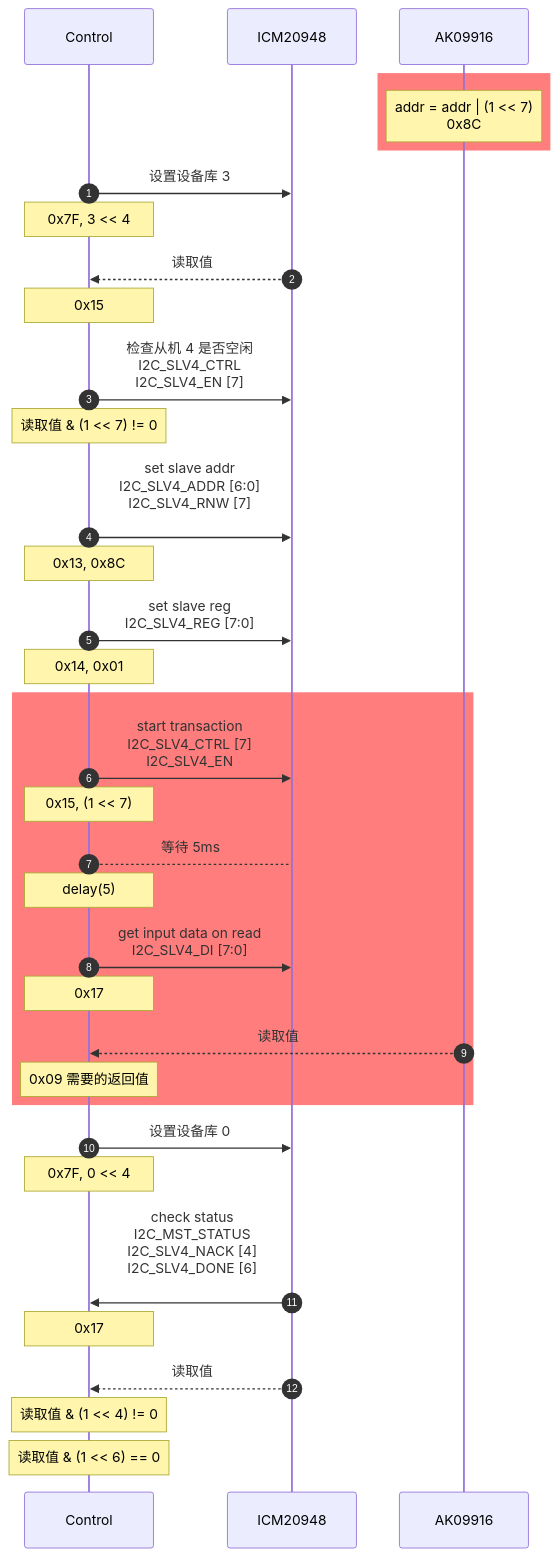
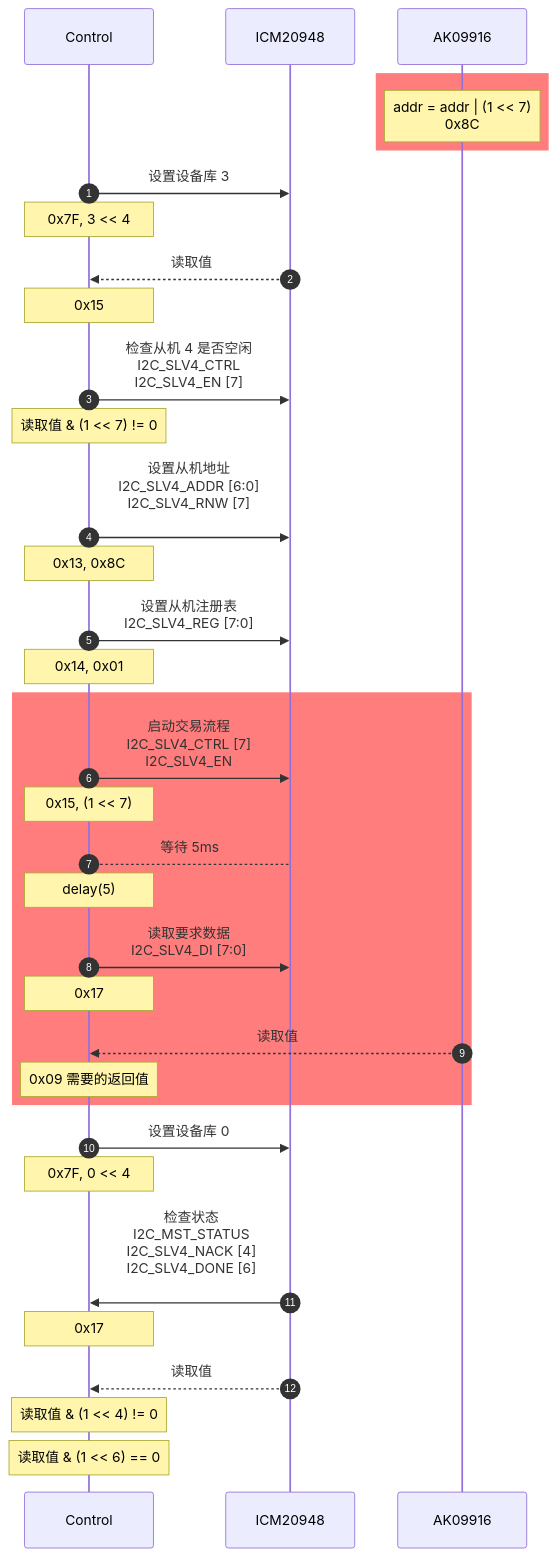
Before and after one commit to hkdickyko/hkdickyko.github.io: the fifth of 7 diagrams in _posts/2025-04-06-mdchart.md, drawn with Mermaid.

```diff
--- a/_posts/2025-04-06-mdchart.md
+++ b/_posts/2025-04-06-mdchart.md
@@ -280,37 +280,37 @@
 <div class="mermaid">
 sequenceDiagram;
    autonumber;
    participant C as Control;
    participant I as ICM20948;
    participant A as AK09916;
    rect rgb(255,125,125);
    note over A: addr = addr | (1 << 7)<br/>0x8C;
    end;
    C->>I: 设置设备库 3;
    note over C: 0x7F, 3 << 4;
    I-->>C: 读取值;
    note over C: 0x15;
    C->>I: 检查从机 4 是否空闲<br/>I2C_SLV4_CTRL<br/>I2C_SLV4_EN [7];
    note over C: 读取值 & (1 << 7) != 0;
-   C->>I: set slave addr<br/>I2C_SLV4_ADDR [6:0]<br/>I2C_SLV4_RNW [7]<br/>;
+   C->>I: 设置从机地址<br/>I2C_SLV4_ADDR [6:0]<br/>I2C_SLV4_RNW [7]<br/>;
    note over C: 0x13, 0x8C;
-   C->>I: set slave reg<br/>I2C_SLV4_REG [7:0];
+   C->>I: 设置从机注册表<br/>I2C_SLV4_REG [7:0];
    note over C: 0x14, 0x01;
    rect rgb(255,125,125);
-   C->>I: start transaction<br/>I2C_SLV4_CTRL [7] <br/>I2C_SLV4_EN;
+   C->>I: 启动交易流程<br/>I2C_SLV4_CTRL [7] <br/>I2C_SLV4_EN;
    note over C: 0x15, (1 << 7);   
    C-->I: 等待 5ms;
    note over C: delay(5);
-   C->>I: get input data on read<br/>I2C_SLV4_DI [7:0];
+   C->>I: 读取要求数据<br/>I2C_SLV4_DI [7:0];
    note over C: 0x17;
    A-->>C: 读取值;
    note over C: 0x09 需要的返回值;
    end;
    C->>I: 设置设备库 0;
    note over C: 0x7F, 0 << 4;
-   I->>C: check status<br/>I2C_MST_STATUS<br/>I2C_SLV4_NACK [4]<br/>I2C_SLV4_DONE [6]<br/>;
+   I->>C: 检查状态<br/>I2C_MST_STATUS<br/>I2C_SLV4_NACK [4]<br/>I2C_SLV4_DONE [6]<br/>;
    note over C: 0x17;
    I-->>C: 读取值; 
    note over C: 读取值 & (1 << 4) != 0;
    note over C: 读取值 & (1 << 6) == 0;  
 </div>
```
